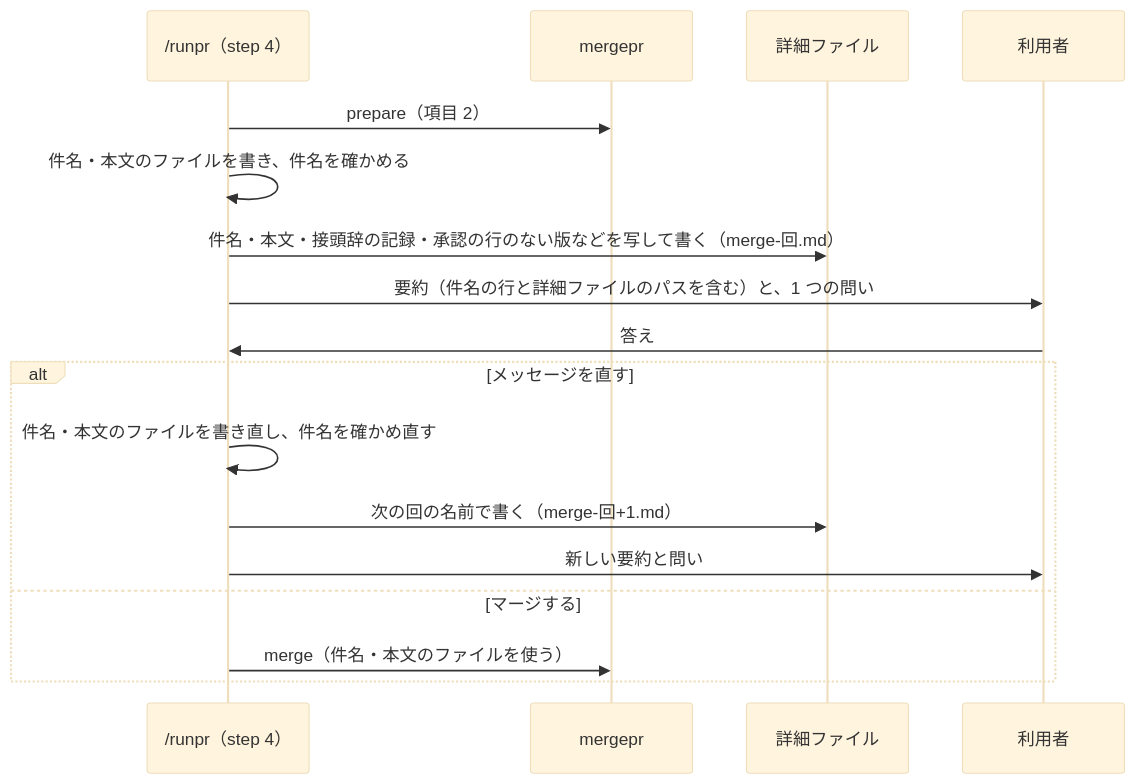
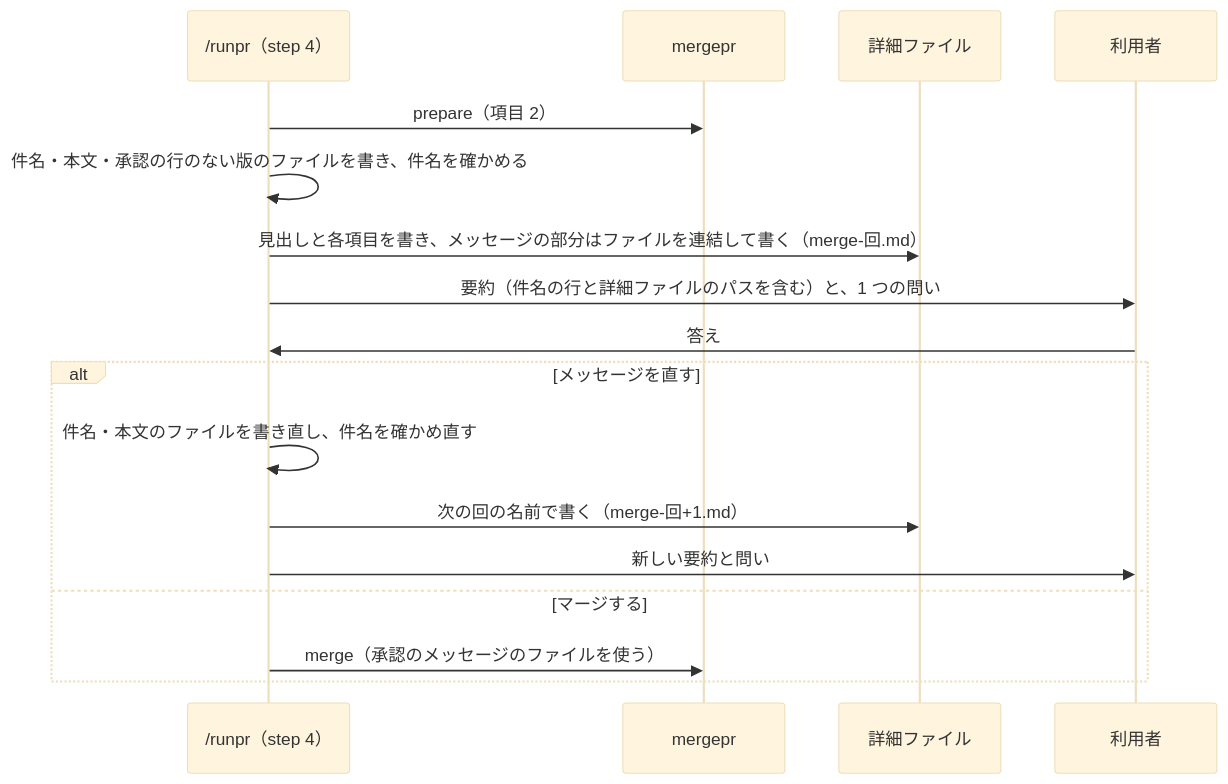
One commit to isseis/yt2column changed the third of 5 diagrams in docs/tasks/0089_runpr_merge_question/02_architecture.md. Above: the diagram before and after it, drawn with Mermaid (base theme). The commit also changed other lines of this file, not shown here.

First line of the commit message:
docs(0089): address the review of the architecture draft

````diff
--- a/docs/tasks/0089_runpr_merge_question/02_architecture.md
+++ b/docs/tasks/0089_runpr_merge_question/02_architecture.md
@@ -176,20 +182,20 @@
 ```mermaid
 sequenceDiagram
     participant R as /runpr（step 4）
     participant M as mergepr
     participant F as 詳細ファイル
     participant U as 利用者
 
     R->>M: prepare（項目 2）
-    R->>R: 件名・本文のファイルを書き、件名を確かめる
-    R->>F: 件名・本文・接頭辞の記録・承認の行のない版などを写して書く（merge-回.md）
+    R->>R: 件名・本文・承認の行のない版のファイルを書き、件名を確かめる
+    R->>F: 見出しと各項目を書き、メッセージの部分はファイルを連結して書く（merge-回.md）
     R->>U: 要約（件名の行と詳細ファイルのパスを含む）と、1 つの問い
     U->>R: 答え
     alt メッセージを直す
         R->>R: 件名・本文のファイルを書き直し、件名を確かめ直す
         R->>F: 次の回の名前で書く（merge-回+1.md）
         R->>U: 新しい要約と問い
     else マージする
-        R->>M: merge（件名・本文のファイルを使う）
+        R->>M: merge（承認のメッセージのファイルを使う）
     end
 ```
````
